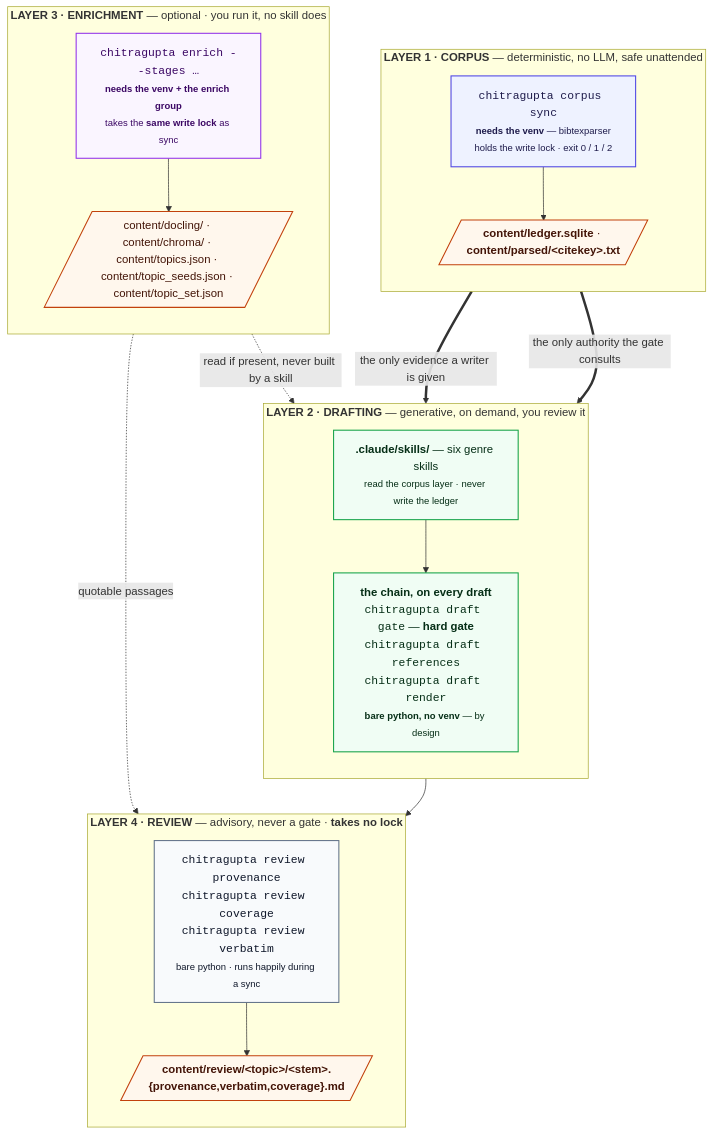
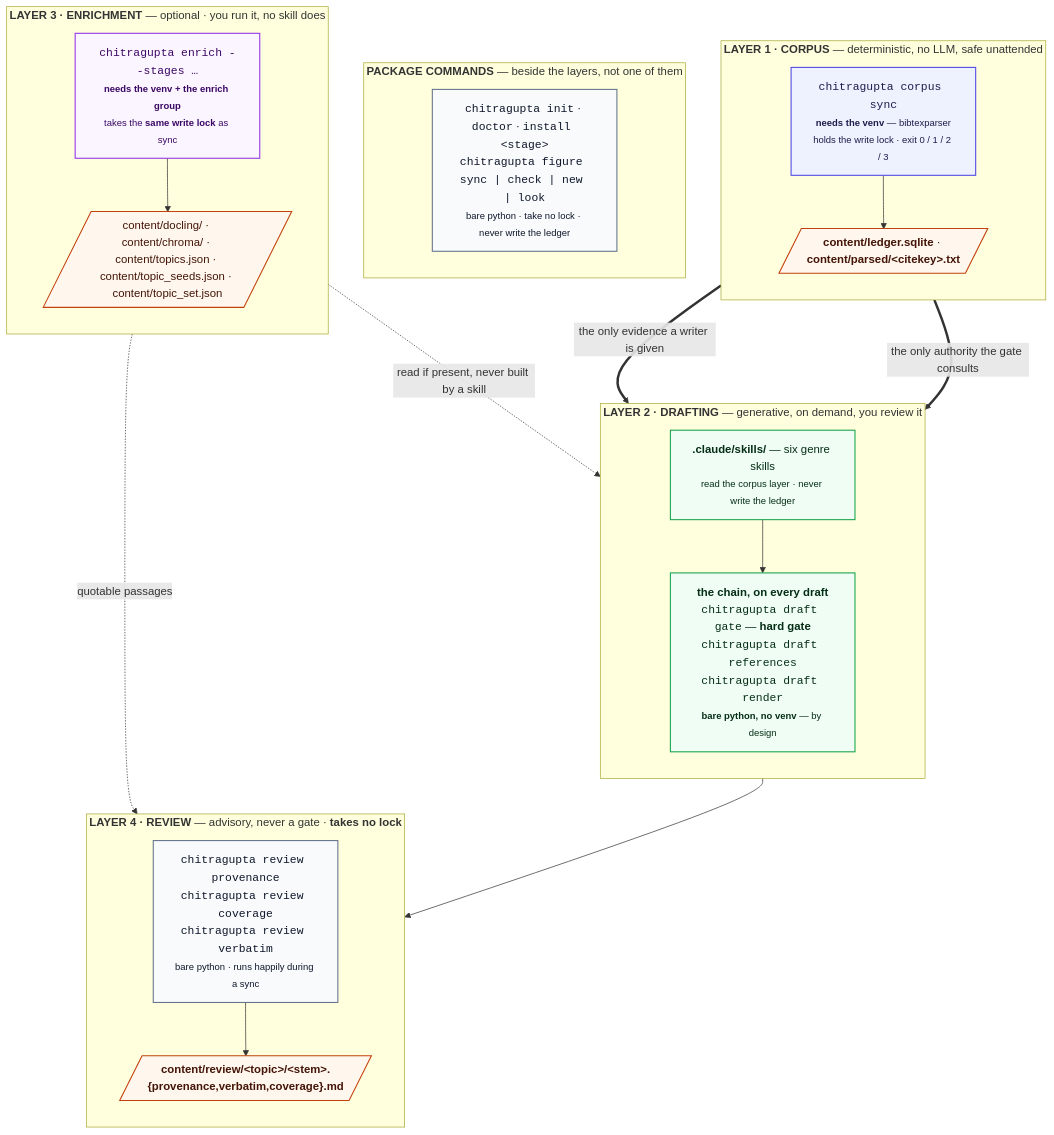
The diagram in docs/ARCHITECTURE.md (prasadtalasila/chitragupta), drawn with Mermaid before and after one commit. The commit also changed other lines of this file and 278 other files, not shown here.

First line of the commit message:
Bring the docs up to date and explain every figure check rule

````diff
--- a/docs/ARCHITECTURE.md
+++ b/docs/ARCHITECTURE.md
@@ -63,49 +60,55 @@
 ```mermaid
 flowchart TB
 
   subgraph J1["<b>LAYER 1 · CORPUS</b> — deterministic, no LLM, safe unattended"]
     direction TB
-    SYNC["<code>chitragupta corpus sync</code><br/><small><b>needs the venv</b> — bibtexparser<br/>holds the write lock · exit 0 / 1 / 2</small>"]
+    SYNC["<code>chitragupta corpus sync</code><br/><small><b>needs the venv</b> — bibtexparser<br/>holds the write lock · exit 0 / 1 / 2 / 3</small>"]
     OUT1[/"<b>content/ledger.sqlite</b> · <b>content/parsed/&lt;citekey&gt;.txt</b>"/]
     SYNC --> OUT1
+  end
+
+  subgraph PKG["<b>PACKAGE COMMANDS</b> — beside the layers, not one of them"]
+    direction TB
+    P["<code>chitragupta init</code> · <code>doctor</code> · <code>install &lt;stage&gt;</code><br/><code>chitragupta figure sync | check | new | look</code><br/><small>bare python · take no lock · never write the ledger</small>"]
   end
 
   subgraph J2["<b>LAYER 2 · DRAFTING</b> — generative, on demand, you review it"]
     direction TB
     SKILL["<b>.claude/skills/</b> — six genre skills<br/><small>read the corpus layer · never write the ledger</small>"]
     CHAIN["<b>the chain, on every draft</b><br/><code>chitragupta draft gate</code> — <b>hard gate</b><br/><code>chitragupta draft references</code><br/><code>chitragupta draft render</code><br/><small><b>bare python, no venv</b> — by design</small>"]
     SKILL --> CHAIN
   end
 
   subgraph JH["<b>LAYER 3 · ENRICHMENT</b> — optional · you run it, no skill does"]
     direction TB
     FULL["<code>chitragupta enrich --stages …</code><br/><small><b>needs the venv + the enrich group</b><br/>takes the <b>same write lock</b> as sync</small>"]
     OUT3[/"content/docling/ · content/chroma/ · content/topics.json · content/topic_seeds.json · content/topic_set.json"/]
     FULL --> OUT3
   end
 
   subgraph AID["<b>LAYER 4 · REVIEW</b> — advisory, never a gate · <b>takes no lock</b>"]
     direction TB
     A["<code>chitragupta review provenance</code><br/><code>chitragupta review coverage</code><br/><code>chitragupta review verbatim</code><br/><small>bare python · runs happily during a sync</small>"]
     OUT4[/"<b>content/review/&lt;topic&gt;/&lt;stem&gt;.{provenance,verbatim,coverage}.md</b>"/]
     A --> OUT4
   end
 
   OUT1 == "the only evidence a writer is given" ==> SKILL
   OUT1 == "the only authority the gate consults" ==> CHAIN
   OUT3 -. "read if present, never built by a skill" .-> SKILL
   OUT3 -. "quotable passages" .-> A
   CHAIN --> A
 
   classDef det fill:#eef2ff,stroke:#4f46e5,stroke-width:1.5px,color:#1e1b4b
   classDef gen fill:#f0fdf4,stroke:#16a34a,stroke-width:1.5px,color:#052e16
   classDef heavy fill:#faf5ff,stroke:#9333ea,stroke-width:1.5px,color:#3b0764
   classDef store fill:#fff7ed,stroke:#c2410c,stroke-width:1.5px,color:#431407
   classDef aid fill:#f8fafc,stroke:#64748b,stroke-width:1.5px,color:#0f172a
 
   class SYNC det
   class SKILL,CHAIN gen
   class FULL heavy
   class OUT1,OUT3,OUT4 store
   class A aid
+  class P aid
 ```
````
